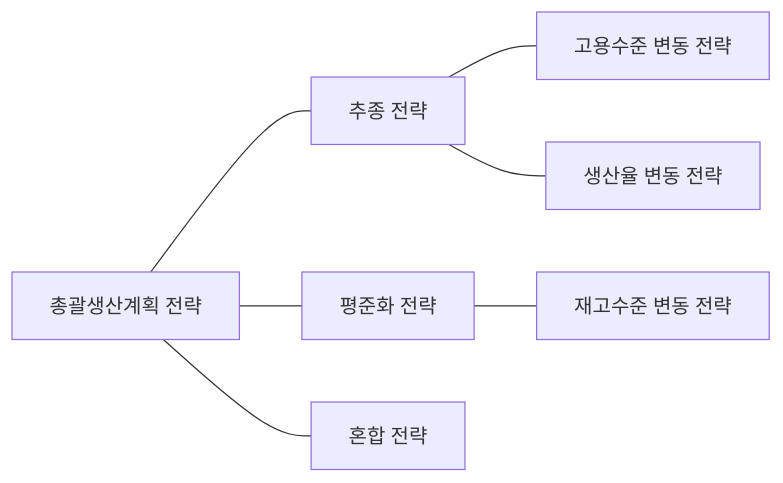
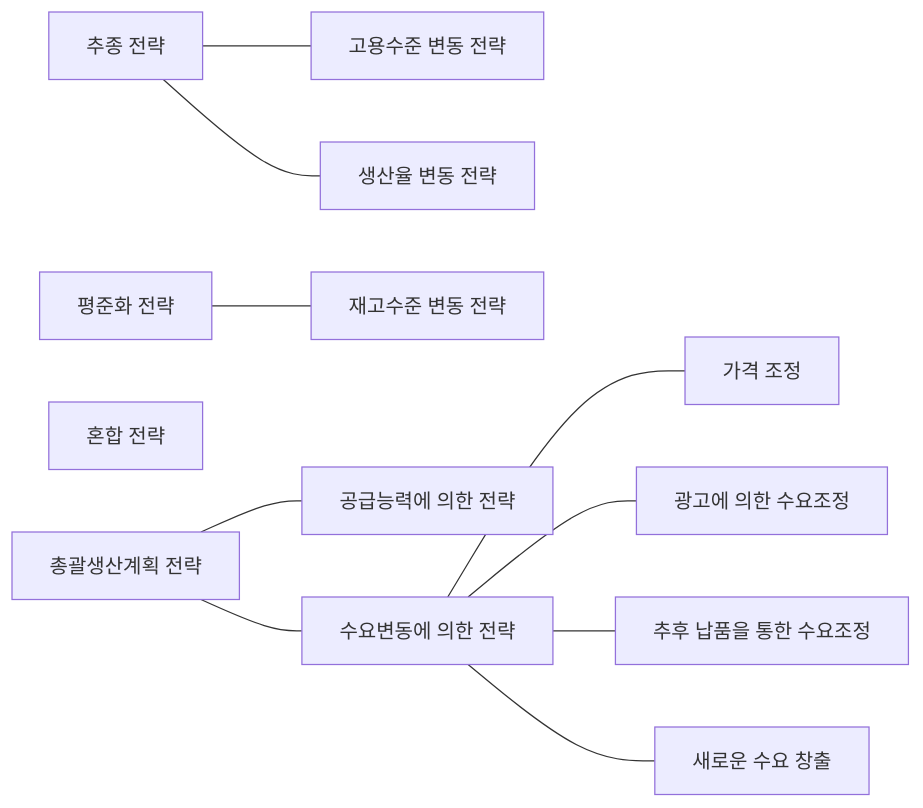
Before and after one commit to yeonkyupark/pepc2e: the first of 2 diagrams in 0501생산계획수립.qmd, drawn with Mermaid. The commit also changed other lines of this file, not shown here.

````diff
--- a/0501생산계획수립.qmd
+++ b/0501생산계획수립.qmd
@@ -173,12 +179,21 @@
 ```{mermaid}
 flowchart LR
 00[총괄생산계획 전략]
+01[공급능력에 의한 전략]
 10[추종 전략]
 20[평준화 전략]
 30[혼합 전략]
 
-00 --- 10 & 20 & 30
-
 10 --- 101["고용수준 변동 전략"] & 102["생산율 변동 전략"]
 20 --- 201["재고수준 변동 전략"]
+
+02[수요변동에 의한 전략]
+21[가격 조정]
+22[광고에 의한 수요조정]
+23[추후 납품을 통한 수요조정]
+24[새로운 수요 창출]
+
+02 --- 21 & 22 & 23 & 24
+
+00 --- 01 & 02
 ```
````
